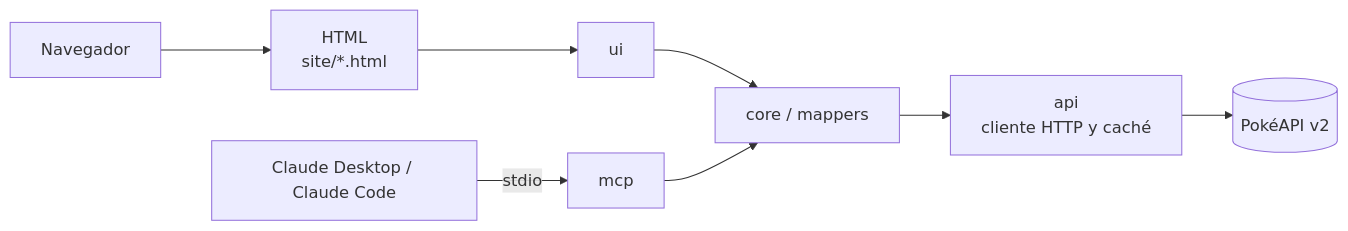
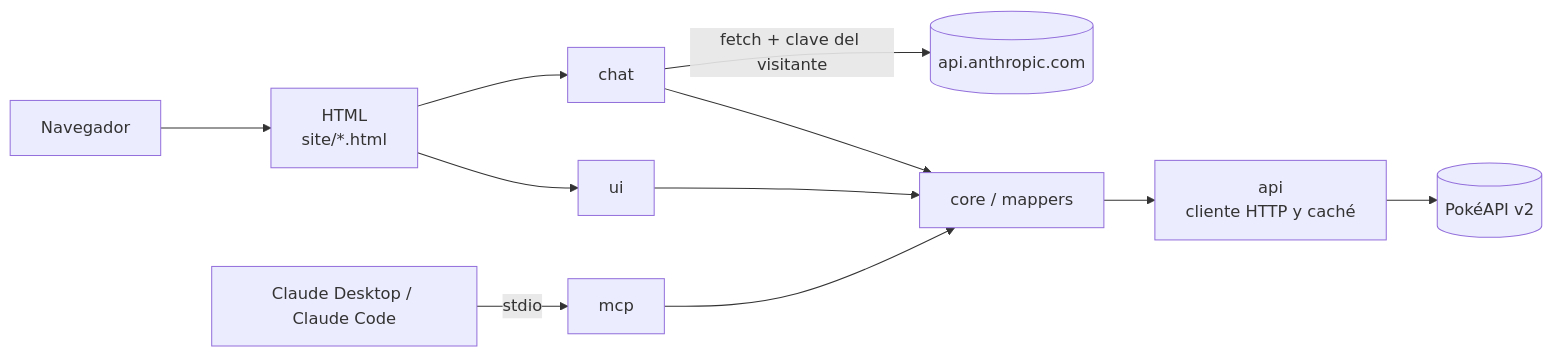
Before and after one commit to RenzoRamosDEV/Pokedex-Retro: the diagram in README.md, drawn with Mermaid. The commit also changed other lines of this file and 2 other files, not shown here.

Commit message:
docs: documenta el chat en README, arquitectura y contribución

````diff
--- a/README.md
+++ b/README.md
@@ -21,10 +22,13 @@
 ```mermaid
 flowchart LR
   navegador["Navegador"] --> html["HTML<br/>site/*.html"]
   html --> ui["ui"]
   ui --> core["core / mappers"]
+  html --> chat["chat"]
+  chat --> core
+  chat -->|fetch + clave del visitante| anthropic[("api.anthropic.com")]
   claude["Claude Desktop / Claude Code"] -->|stdio| mcp["mcp"]
   mcp --> core
   core --> api["api<br/>cliente HTTP y caché"]
   api --> pokeapi[("PokéAPI v2")]
 ```
````
